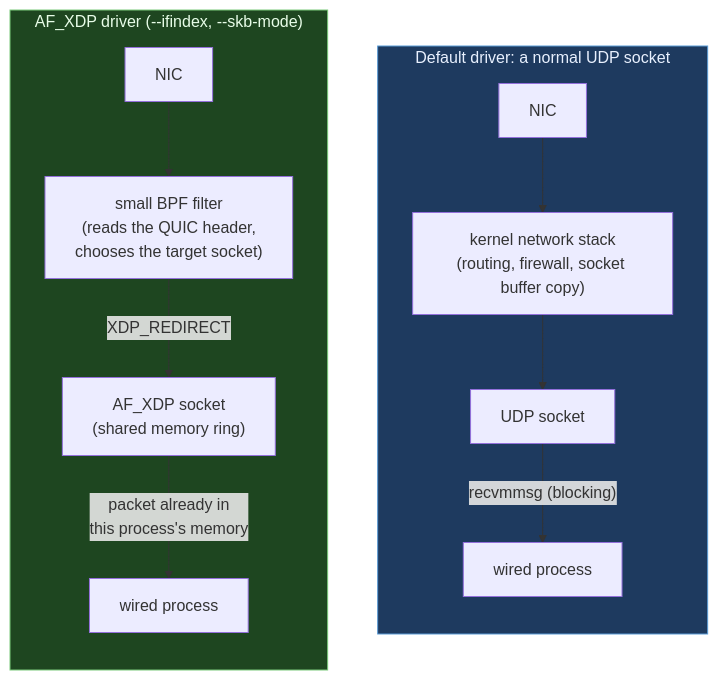
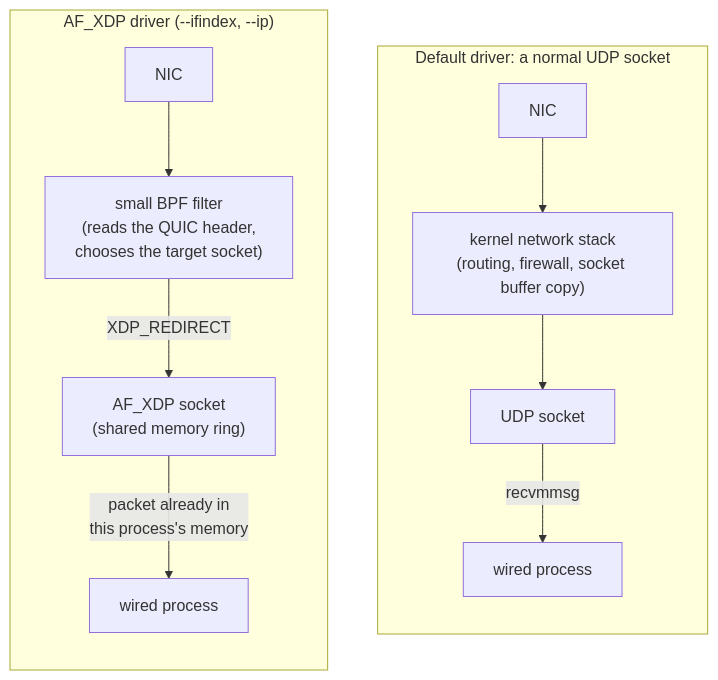
The sixth of 9 diagrams in docs/arch/overview.md (Hakkadaikon/wired), drawn with Mermaid before and after one commit. The commit also changed other lines of this file, not shown here.

````diff
--- a/docs/arch/overview.md
+++ b/docs/arch/overview.md
@@ -140,19 +321,16 @@
 ```mermaid
 graph TB
     subgraph defaultdrv["Default driver: a normal UDP socket"]
         direction TB
         nic1["NIC"] --> stack["kernel network stack<br/>(routing, firewall, socket buffer copy)"]
         stack --> sock["UDP socket"]
-        sock -- "recvmmsg (blocking)" --> app1["wired process"]
+        sock -- "recvmmsg" --> app1["wired process"]
     end
 
-    subgraph xdp["AF_XDP driver (--ifindex, --skb-mode)"]
+    subgraph xdp["AF_XDP driver (--ifindex, --ip)"]
         direction TB
         nic2["NIC"] --> bpf["small BPF filter<br/>(reads the QUIC header,<br/>chooses the target socket)"]
         bpf -- "XDP_REDIRECT" --> xsk["AF_XDP socket<br/>(shared memory ring)"]
         xsk -- "packet already in<br/>this process's memory" --> app2["wired process"]
     end
-
-    style defaultdrv fill:#1e3a5f,stroke:#5b9bd5,color:#e8f0fe
-    style xdp fill:#1e4620,stroke:#7ac97a,color:#e8fde8
 ```
````
